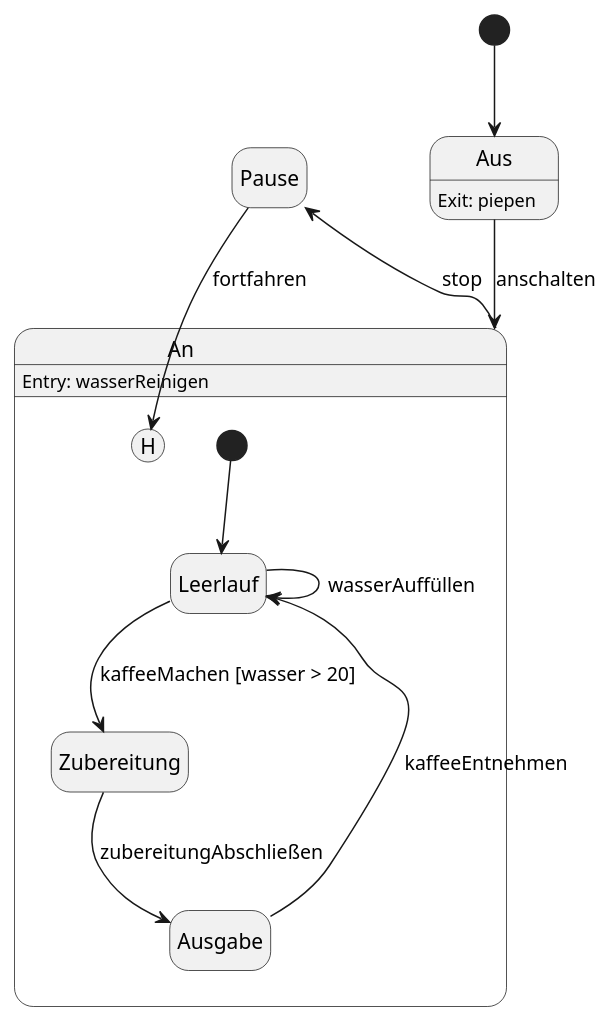
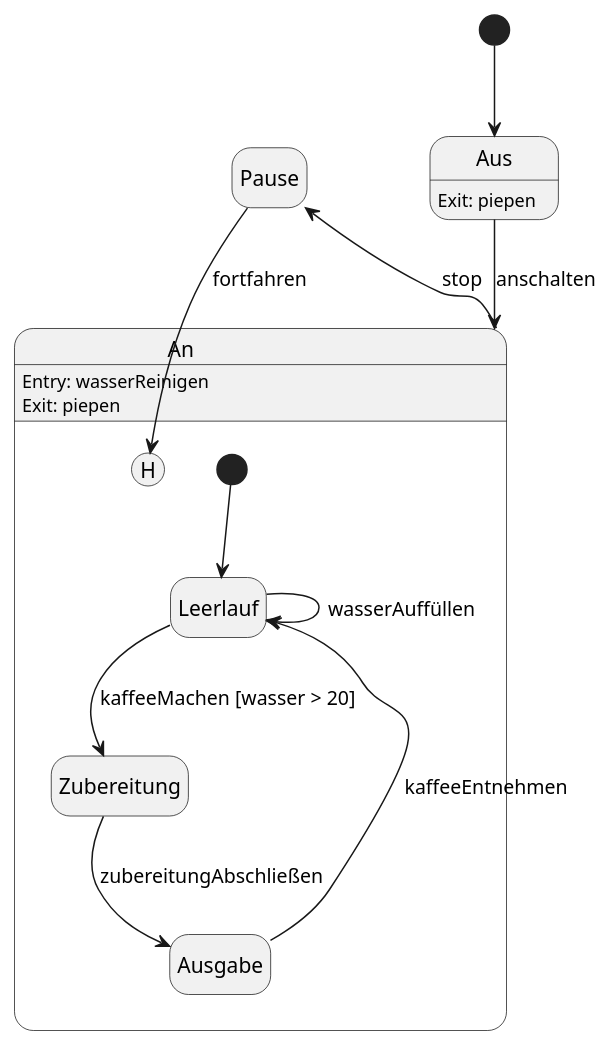
One commit to LuchsHub/PlantUML-StateChart-To-Python changed the diagram in example_coffeeMachine/coffeeMachine.puml. Above: the diagram before and after it, drawn with PlantUML. The commit also changed 2 other files, not shown here.

Commit message:
Fix composite state recursive exit action calls

```diff
--- a/example_coffeeMachine/coffeeMachine.puml
+++ b/example_coffeeMachine/coffeeMachine.puml
@@ -1,29 +1,30 @@
 @startuml
 hide empty description
 
 state Aus
 state An
 state Pause
 
 [*] --> Aus
 
 Aus: Exit: piepen
 
 Aus --> An : anschalten
 
 state An {
   An: Entry: wasserReinigen
+  An: Exit: piepen
 
   [*] --> Leerlauf
   Leerlauf --> Leerlauf : wasserAuffüllen
 
   Leerlauf --> Zubereitung : kaffeeMachen [wasser > 20]
 
   Zubereitung --> Ausgabe : zubereitungAbschließen
 
   Ausgabe --> Leerlauf : kaffeeEntnehmen
 }
 
 An --> Pause : stop
 Pause --> An[H] : fortfahren
 @enduml
```
